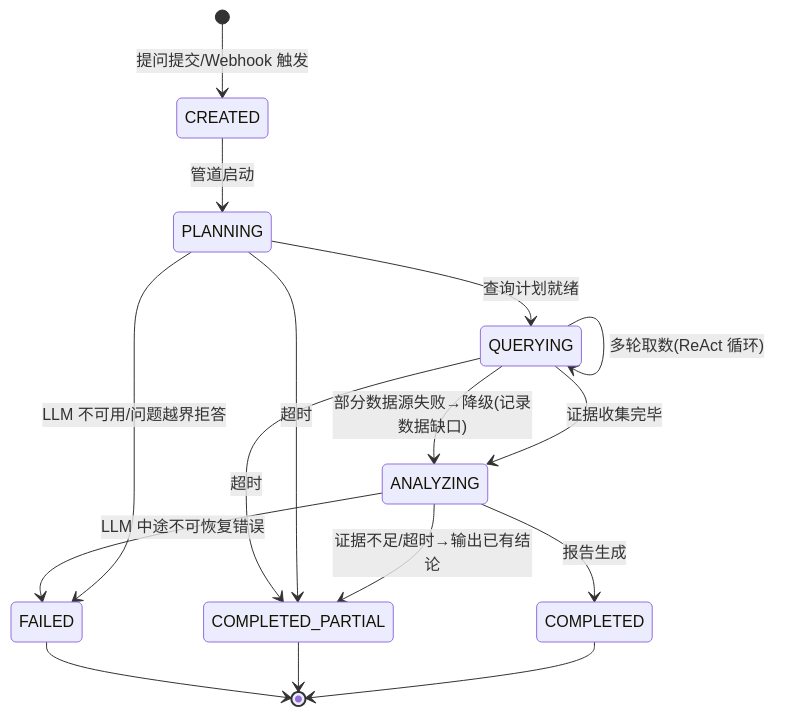
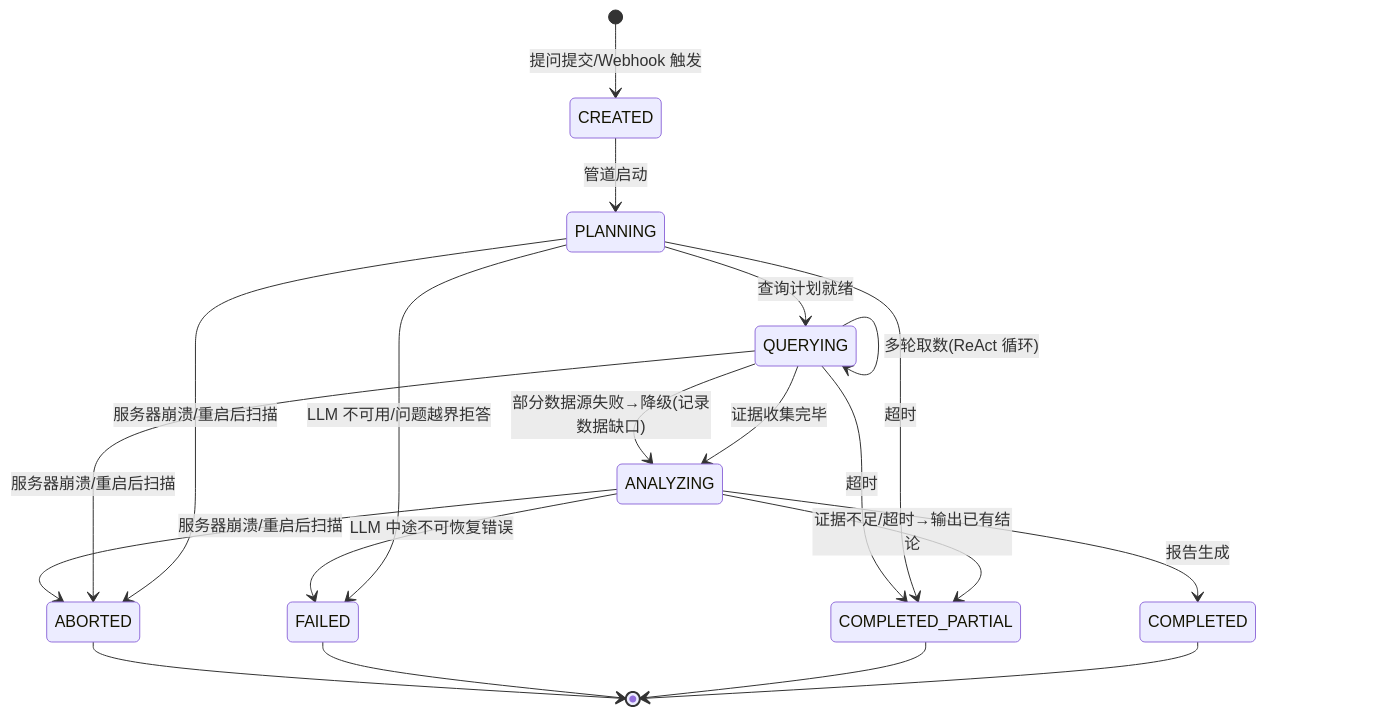
The diagram in ProductPlanning/userFlow.md (IS5416/Epiphaneia), drawn with Mermaid before and after one commit. The commit also changed other lines of this file and 13 other files, not shown here.

````diff
--- a/ProductPlanning/userFlow.md
+++ b/ProductPlanning/userFlow.md
@@ -126,18 +126,22 @@
 ```mermaid
 stateDiagram-v2
     [*] --> CREATED: 提问提交/Webhook 触发
     CREATED --> PLANNING: 管道启动
     PLANNING --> QUERYING: 查询计划就绪
     PLANNING --> FAILED: LLM 不可用/问题越界拒答
     QUERYING --> QUERYING: 多轮取数(ReAct 循环)
     QUERYING --> ANALYZING: 证据收集完毕
     QUERYING --> ANALYZING: 部分数据源失败→降级(记录数据缺口)
     ANALYZING --> COMPLETED: 报告生成
     ANALYZING --> COMPLETED_PARTIAL: 证据不足/超时→输出已有结论
     PLANNING --> COMPLETED_PARTIAL: 超时
     QUERYING --> COMPLETED_PARTIAL: 超时
     ANALYZING --> FAILED: LLM 中途不可恢复错误
+    PLANNING --> ABORTED: 服务器崩溃/重启后扫描
+    QUERYING --> ABORTED: 服务器崩溃/重启后扫描
+    ANALYZING --> ABORTED: 服务器崩溃/重启后扫描
     COMPLETED --> [*]
     COMPLETED_PARTIAL --> [*]
     FAILED --> [*]
+    ABORTED --> [*]
 ```
````
